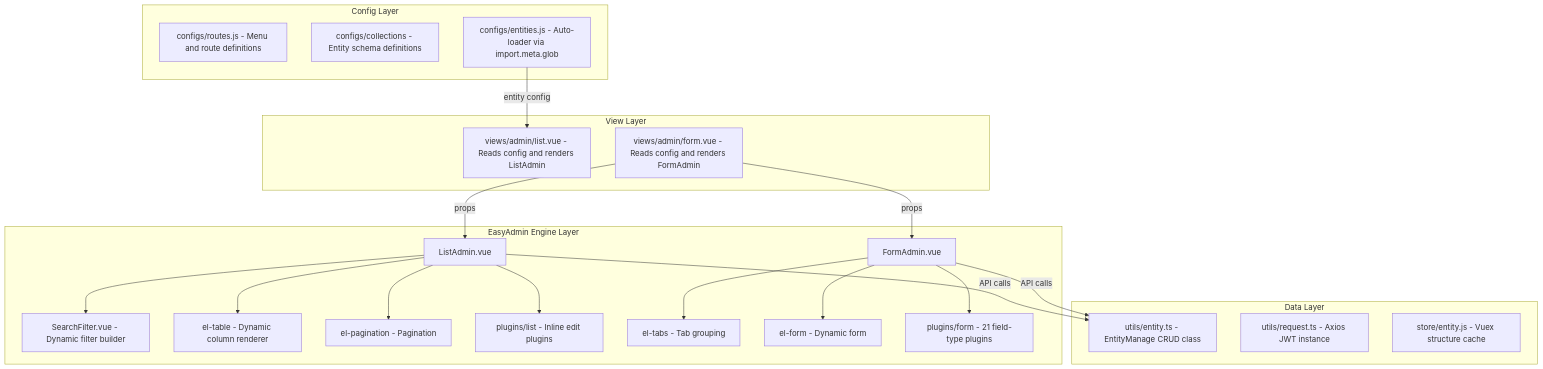
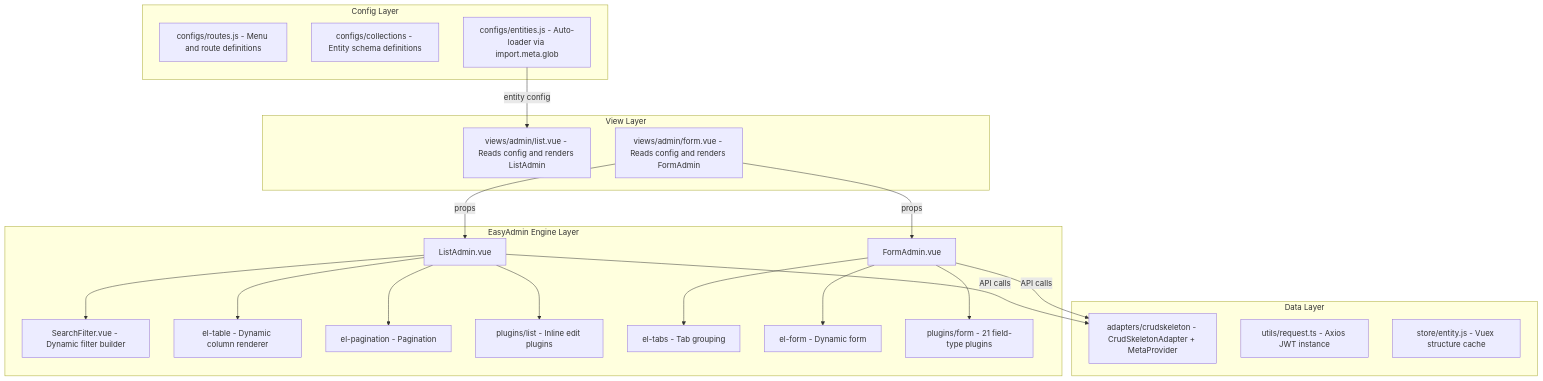
One commit to immane/crud-admin changed the first of 2 diagrams in docs/design/easyadmin-design.md. Above: the diagram before and after it, drawn with Mermaid. The commit also changed other lines of this file and 63 other files, not shown here.

````diff
--- a/docs/design/easyadmin-design.md
+++ b/docs/design/easyadmin-design.md
@@ -24,40 +24,40 @@
 ```mermaid
 flowchart TB
     subgraph Config ["Config Layer"]
         C1["configs/routes.js - Menu and route definitions"]
         C2["configs/collections - Entity schema definitions"]
         C3["configs/entities.js - Auto-loader via import.meta.glob"]
     end
     subgraph View ["View Layer"]
         V1["views/admin/list.vue - Reads config and renders ListAdmin"]
         V2["views/admin/form.vue - Reads config and renders FormAdmin"]
     end
     subgraph Engine ["EasyAdmin Engine Layer"]
         L1["ListAdmin.vue"]
         L2["SearchFilter.vue - Dynamic filter builder"]
         L3["el-table - Dynamic column renderer"]
         L4["el-pagination - Pagination"]
         L5["plugins/list - Inline edit plugins"]
         F1["FormAdmin.vue"]
         F2["el-tabs - Tab grouping"]
         F3["el-form - Dynamic form"]
         F4["plugins/form - 21 field-type plugins"]
         L1 --> L2
         L1 --> L3
         L1 --> L4
         L1 --> L5
         F1 --> F2
         F1 --> F3
         F1 --> F4
     end
     subgraph Data ["Data Layer"]
-        D1["utils/entity.ts - EntityManage CRUD class"]
+        D1["adapters/crudskeleton - CrudSkeletonAdapter + MetaProvider"]
         D2["utils/request.ts - Axios JWT instance"]
         D3["store/entity.js - Vuex structure cache"]
     end
     C3 -- "entity config" --> V1
     V2 -- "props" --> L1
     V2 -- "props" --> F1
     L1 -- "API calls" --> D1
     F1 -- "API calls" --> D1
 ```
````
